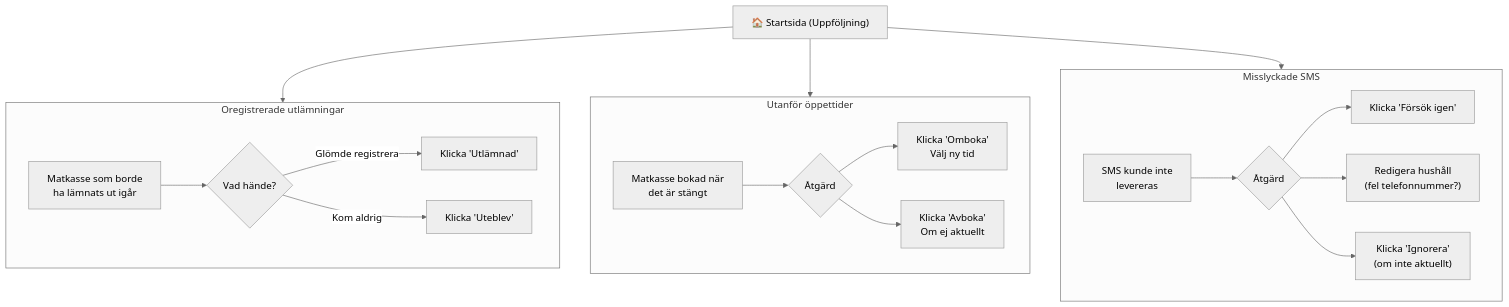
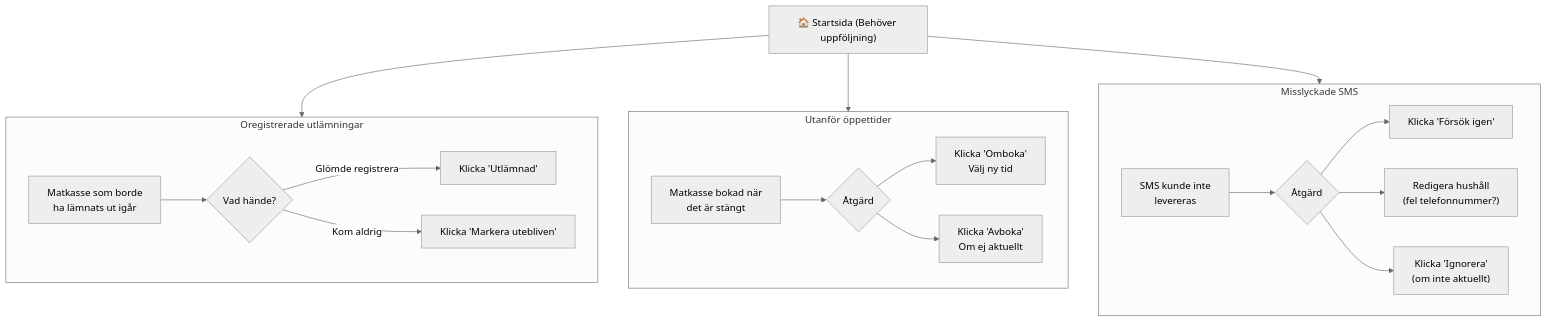
The fourth of 5 diagrams in docs/anvandarguide-sv.md (Vasteras-Stadsmission/matkassen), drawn with Mermaid (neutral theme) before and after one commit. The commit also changed other lines of this file and 6 other files, not shown here.

````diff
--- a/docs/anvandarguide-sv.md
+++ b/docs/anvandarguide-sv.md
@@ -135,30 +135,30 @@
 ```mermaid
 flowchart TD
-    Start["🏠 Startsida (Uppföljning)"]
+    Start["🏠 Startsida (Behöver uppföljning)"]
 
     Start --> Problem1
     Start --> Problem2
     Start --> Problem3
 
     subgraph Problem1["Oregistrerade utlämningar"]
         O1["Matkasse som borde<br/>ha lämnats ut igår"]
         O1 --> O2{"Vad hände?"}
         O2 -->|"Glömde registrera"| O3["Klicka 'Utlämnad'"]
-        O2 -->|"Kom aldrig"| O4["Klicka 'Uteblev'"]
+        O2 -->|"Kom aldrig"| O4["Klicka 'Markera utebliven'"]
     end
 
     subgraph Problem2["Utanför öppettider"]
         U1["Matkasse bokad när<br/>det är stängt"]
         U1 --> U2{"Åtgärd"}
         U2 --> U3["Klicka 'Omboka'<br/>Välj ny tid"]
         U2 --> U4["Klicka 'Avboka'<br/>Om ej aktuellt"]
     end
 
     subgraph Problem3["Misslyckade SMS"]
         S1["SMS kunde inte<br/>levereras"]
         S1 --> S2{"Åtgärd"}
         S2 --> S3["Klicka 'Försök igen'"]
         S2 --> S4["Redigera hushåll<br/>(fel telefonnummer?)"]
         S2 --> S5["Klicka 'Ignorera'<br/>(om inte aktuellt)"]
     end
 ```
````
